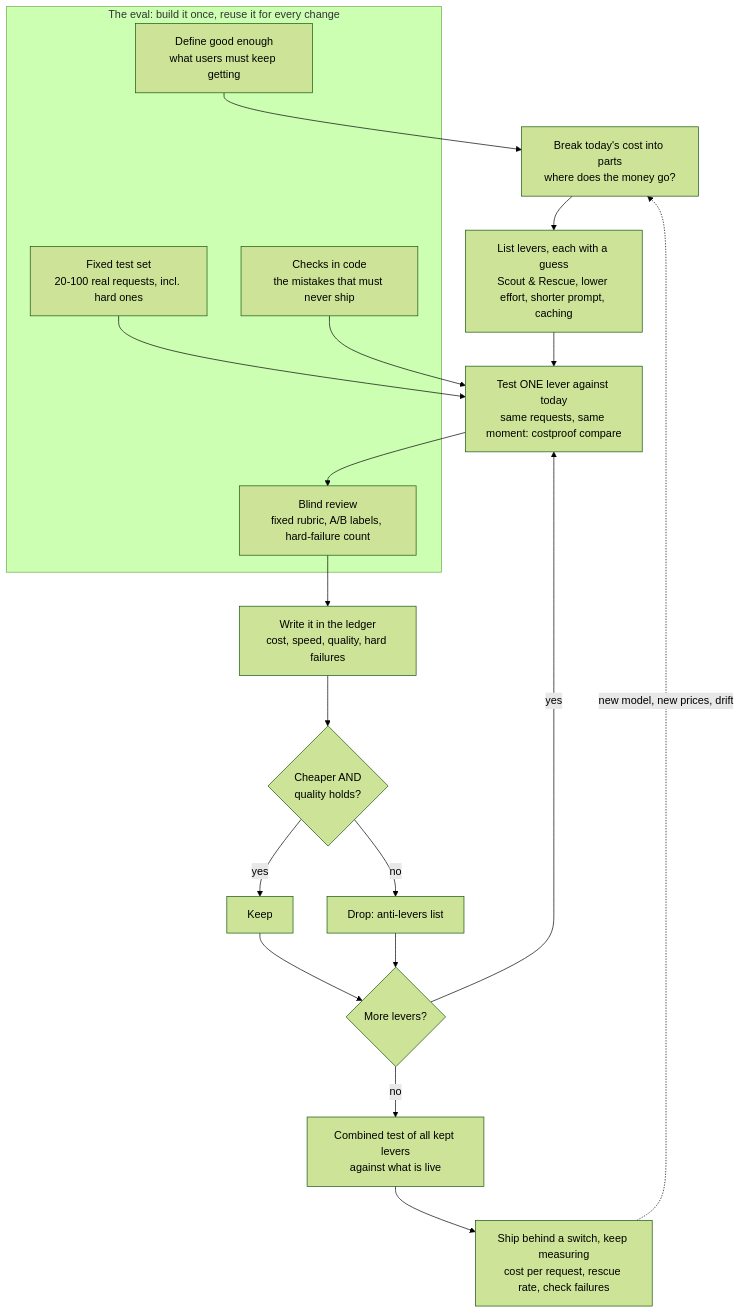
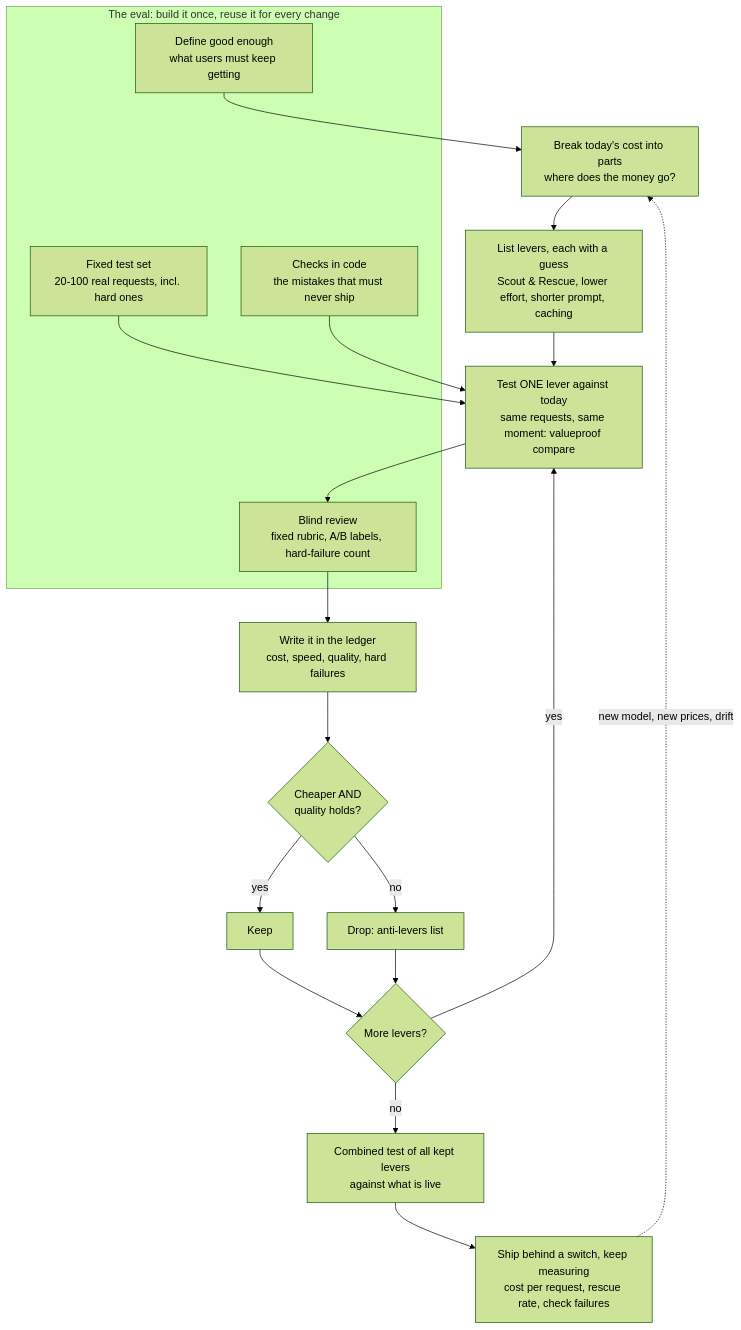
Before and after one commit to AndyJakob78/valueproof: the diagram in docs/method.md, drawn with Mermaid (forest theme). The commit also changed other lines of this file and 25 other files, not shown here.

Commit message:
Rename to valueproof instead of costproof (costproof is taken by another LLM cost tool)

````diff
--- a/docs/method.md
+++ b/docs/method.md
@@ -11,28 +11,28 @@
 ```mermaid
 flowchart TD
     subgraph EVAL["The eval: build it once, reuse it for every change"]
         E0["Define good enough<br/>what users must keep getting"]
         E1["Fixed test set<br/>20-100 real requests, incl. hard ones"]
         E2["Checks in code<br/>the mistakes that must never ship"]
         E3["Blind review<br/>fixed rubric, A/B labels, hard-failure count"]
     end
     C["Break today's cost into parts<br/>where does the money go?"]
     L["List levers, each with a guess<br/>Scout & Rescue, lower effort, shorter prompt, caching"]
-    T["Test ONE lever against today<br/>same requests, same moment: costproof compare"]
+    T["Test ONE lever against today<br/>same requests, same moment: valueproof compare"]
     LG["Write it in the ledger<br/>cost, speed, quality, hard failures"]
     D{"Cheaper AND<br/>quality holds?"}
     K["Keep"]
     X["Drop: anti-levers list"]
     M{"More levers?"}
     CT["Combined test of all kept levers<br/>against what is live"]
     S["Ship behind a switch, keep measuring<br/>cost per request, rescue rate, check failures"]
     E0 --> C --> L --> T
     E1 --> T
     E2 --> T
     T --> E3 --> LG --> D
     D -- yes --> K --> M
     D -- no --> X --> M
     M -- yes --> T
     M -- no --> CT --> S
     S -. "new model, new prices, drift" .-> C
 ```
````
